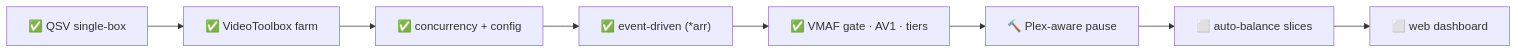
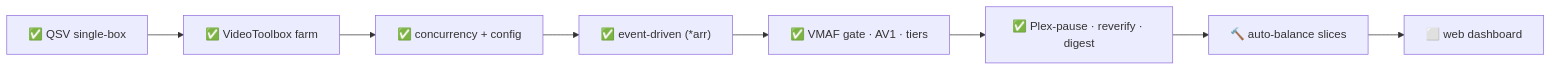
The fifth of 5 diagrams in README.md (shoemoney/mediaoptimizer), drawn with Mermaid before and after one commit. The commit also changed other lines of this file and 5 other files, not shown here.

Commit message:
docs: 📦 document Plex-pause/*arr/excludes/space-guard, reverify, estimate, digest + wire selfchecks into test.sh

````diff
--- a/README.md
+++ b/README.md
@@ -315,10 +328,10 @@
 ```mermaid
 flowchart LR
     A["✅ QSV single-box"] --> B["✅ VideoToolbox farm"]
     B --> C["✅ concurrency + config"]
     C --> G["✅ event-driven (*arr)"]
     G --> H["✅ VMAF gate · AV1 · tiers"]
-    H --> D["🔨 Plex-aware pause"]
-    D --> E["⬜ auto-balance slices"]
-    E --> F["⬜ web dashboard"]
+    H --> I["✅ Plex-pause · reverify · digest"]
+    I --> D["🔨 auto-balance slices"]
+    D --> F["⬜ web dashboard"]
 ```
````
